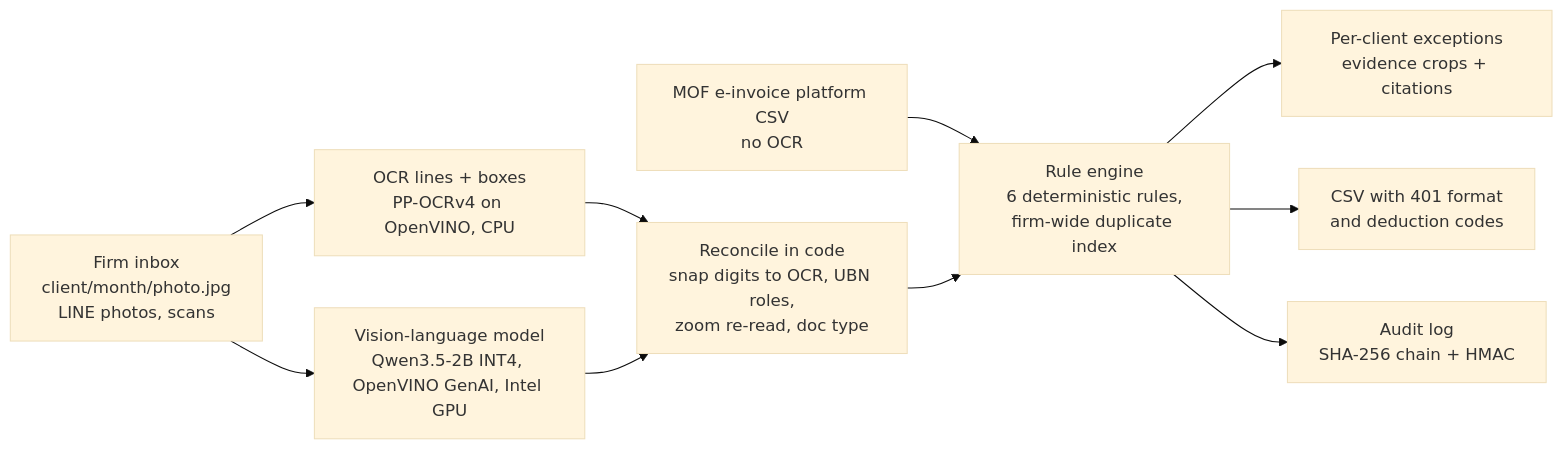
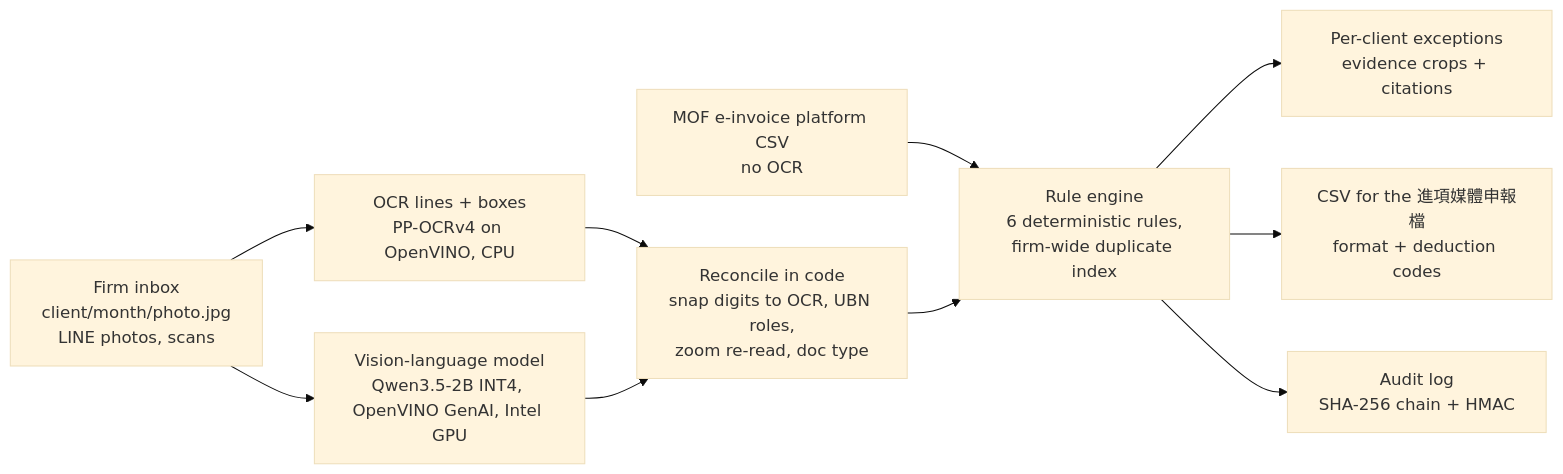
Before and after one commit to StuartYo/ledger-room: the diagram in README.md, drawn with Mermaid (base theme). The commit also changed other lines of this file and 15 other files, not shown here.

````diff
--- a/README.md
+++ b/README.md
@@ -57,12 +74,12 @@
 ```mermaid
 flowchart LR
   A[Firm inbox<br/>client/month/photo.jpg<br/>LINE photos, scans] --> B[OCR lines + boxes<br/>PP-OCRv4 on OpenVINO, CPU]
   A --> C[Vision-language model<br/>Qwen3.5-2B INT4, OpenVINO GenAI, Intel GPU]
   B --> D[Reconcile in code<br/>snap digits to OCR, UBN roles,<br/>zoom re-read, doc type]
   C --> D
   H[MOF e-invoice platform CSV<br/>no OCR] --> E
   D --> E[Rule engine<br/>6 deterministic rules,<br/>firm-wide duplicate index]
   E --> F[Per-client exceptions<br/>evidence crops + citations]
-  E --> I[CSV with 401 format<br/>and deduction codes]
+  E --> I[CSV for the 進項媒體申報檔<br/>format + deduction codes]
   E --> G[Audit log<br/>SHA-256 chain + HMAC]
 ```
````
